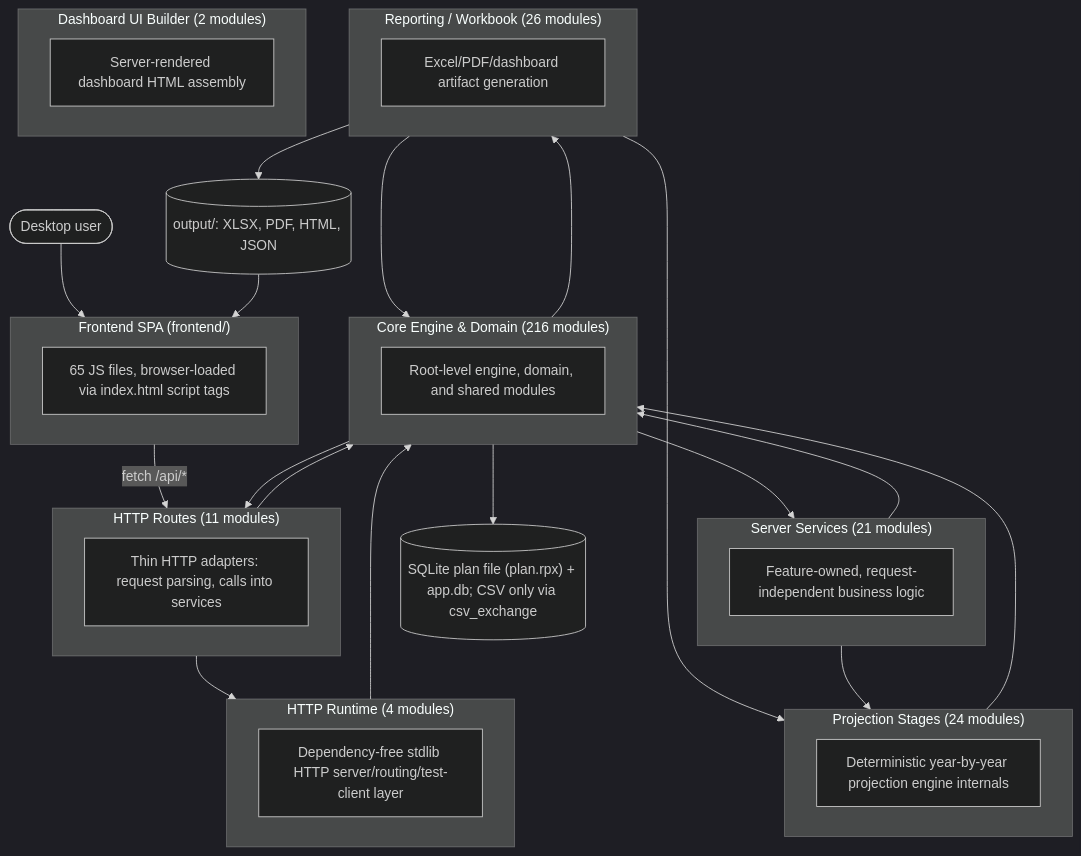
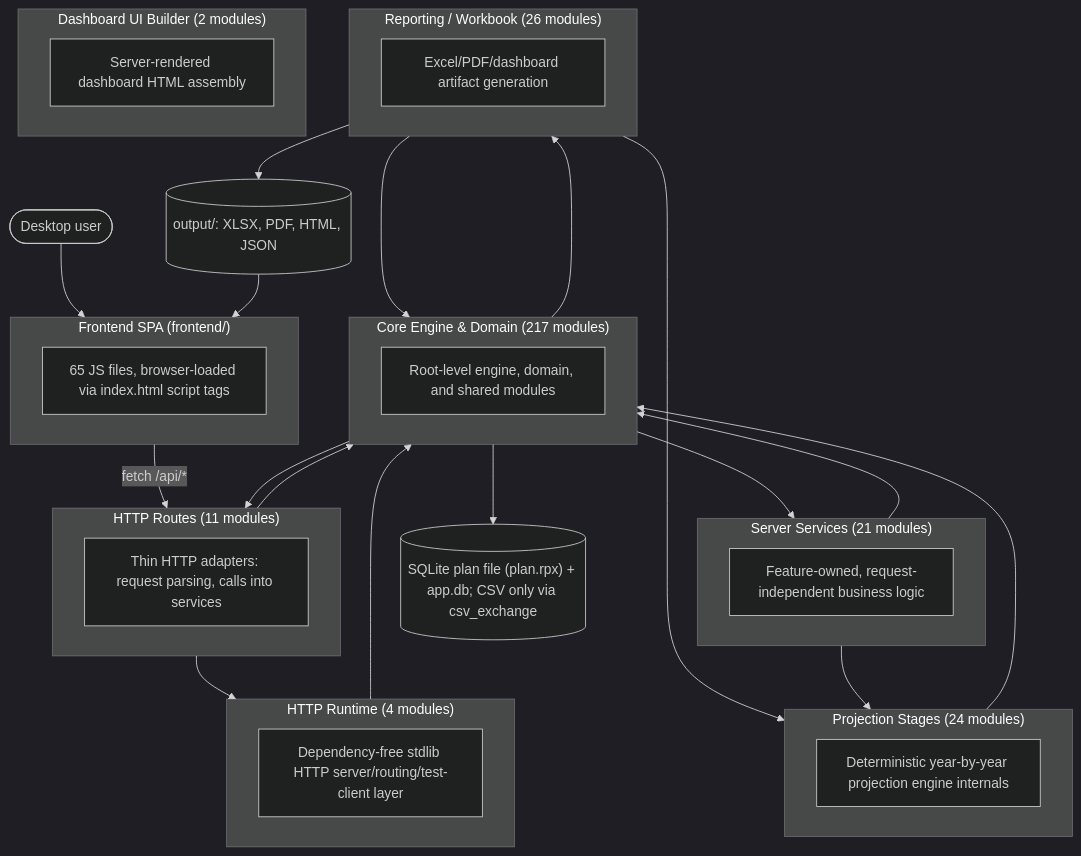
Before and after one commit to matthartzman/retirement_system: the first of 2 diagrams in documentation/reference/SYSTEM_ARCHITECTURE_DIAGRAM.md, drawn with Mermaid (dark theme). The commit also changed other lines of this file and 16 other files, not shown here.

````diff
--- a/documentation/reference/SYSTEM_ARCHITECTURE_DIAGRAM.md
+++ b/documentation/reference/SYSTEM_ARCHITECTURE_DIAGRAM.md
@@ -11,43 +11,43 @@
 ```mermaid
 flowchart TB
     User(["Desktop user"]) --> FE
     subgraph FE["Frontend SPA (frontend/)"]
         FEcount["65 JS files, browser-loaded via index.html script tags"]
     end
     FE -->|fetch /api/*| L_HTTP_Routes
     subgraph L_HTTP_Routes["HTTP Routes (11 modules)"]
         L_HTTP_Routes_d["Thin HTTP adapters: request parsing, calls into services"]
     end
     subgraph L_Server_Services["Server Services (21 modules)"]
         L_Server_Services_d["Feature-owned, request-independent business logic"]
     end
     subgraph L_HTTP_Runtime["HTTP Runtime (4 modules)"]
         L_HTTP_Runtime_d["Dependency-free stdlib HTTP server/routing/test-client layer"]
     end
-    subgraph L_Core_Engine___Domain["Core Engine & Domain (216 modules)"]
+    subgraph L_Core_Engine___Domain["Core Engine & Domain (217 modules)"]
         L_Core_Engine___Domain_d["Root-level engine, domain, and shared modules"]
     end
     subgraph L_Projection_Stages["Projection Stages (24 modules)"]
         L_Projection_Stages_d["Deterministic year-by-year projection engine internals"]
     end
     subgraph L_Reporting___Workbook["Reporting / Workbook (26 modules)"]
         L_Reporting___Workbook_d["Excel/PDF/dashboard artifact generation"]
     end
     subgraph L_Dashboard_UI_Builder["Dashboard UI Builder (2 modules)"]
         L_Dashboard_UI_Builder_d["Server-rendered dashboard HTML assembly"]
     end
     L_Core_Engine___Domain --> L_HTTP_Routes
     L_Core_Engine___Domain --> L_Reporting___Workbook
     L_Core_Engine___Domain --> L_Server_Services
     L_HTTP_Routes --> L_Core_Engine___Domain
     L_HTTP_Routes --> L_HTTP_Runtime
     L_HTTP_Runtime --> L_Core_Engine___Domain
     L_Projection_Stages --> L_Core_Engine___Domain
     L_Reporting___Workbook --> L_Core_Engine___Domain
     L_Reporting___Workbook --> L_Projection_Stages
     L_Server_Services --> L_Core_Engine___Domain
     L_Server_Services --> L_Projection_Stages
     L_Core_Engine___Domain --> DB[("SQLite plan file (plan.rpx) + app.db; CSV only via csv_exchange")]
     L_Reporting___Workbook --> Outputs[("output/: XLSX, PDF, HTML, JSON")]
     Outputs --> FE
 ```
````
